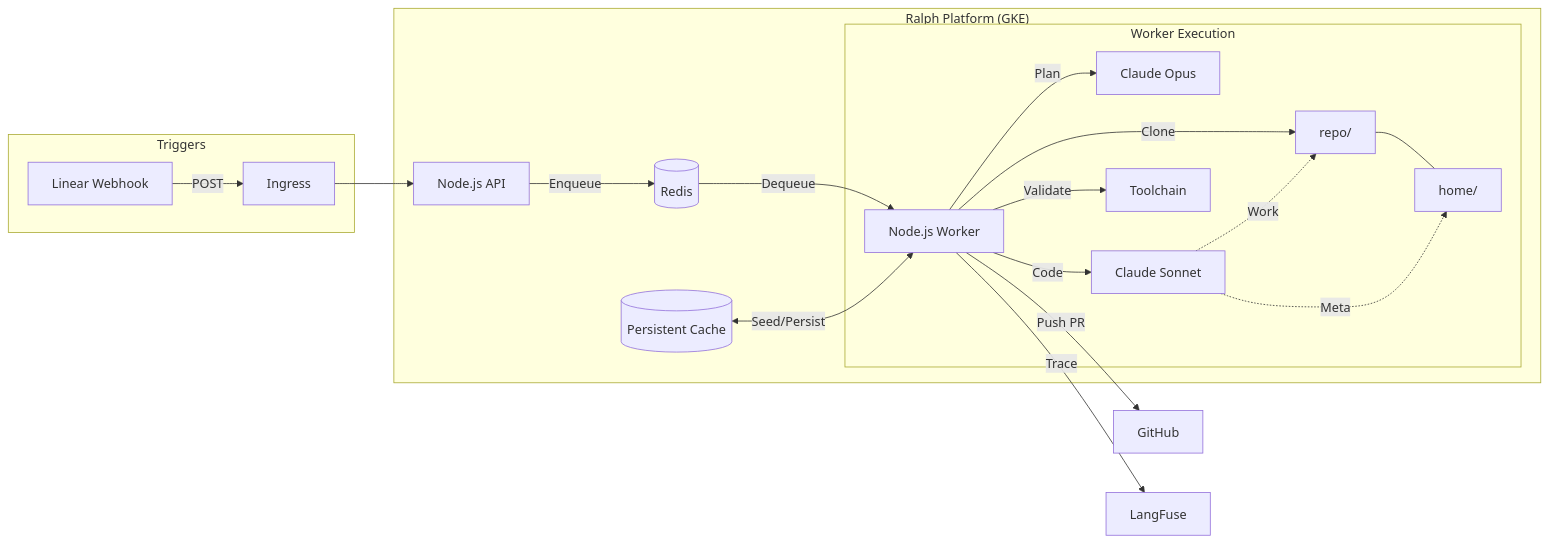
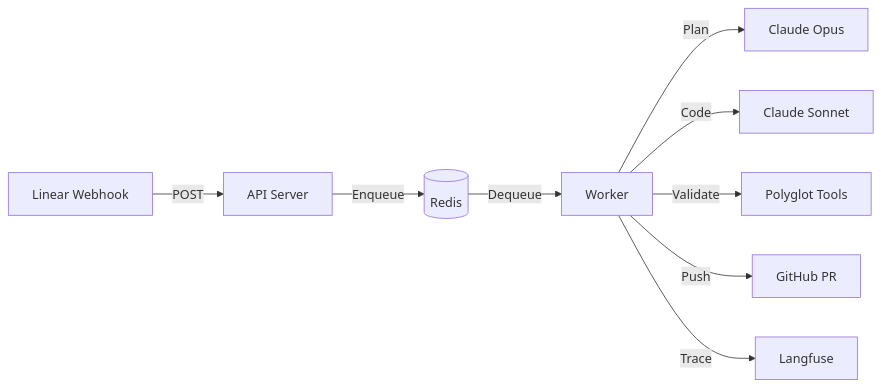
Before and after one commit to Replikanti/ralph-platform: the diagram in README.md, drawn with Mermaid. The commit also changed other lines of this file and 3 other files, not shown here.

First line of the commit message:
docs: restructure documentation with workflow diagrams

````diff
--- a/README.md
+++ b/README.md
@@ -7,25 +141,11 @@
 ```mermaid
 graph LR
-    subgraph "Triggers"
-        Linear[Linear Webhook] -->|POST| Ingress
-    end
-    subgraph "Ralph Platform (GKE)"
-        Ingress --> API[Node.js API]
-        API -->|Enqueue| Redis[(Redis)]
-        Redis -->|Dequeue| Worker[Node.js Worker]
-        Cache[(Persistent Cache)] <-->|Seed/Persist| Worker
-
-        subgraph "Worker Execution"
-            Worker -->|Clone| Repo[repo/]
-            Worker -->|Plan| Opus[Claude Opus]
-            Worker -->|Code| Sonnet[Claude Sonnet]
-            Worker -->|Validate| Polyglot[Toolchain]
-            
-            Repo --- Home[home/]
-            Sonnet -.->|Work| Repo
-            Sonnet -.->|Meta| Home
-        end
-    end
-    Worker -->|Push PR| GitHub
-    Worker -->|Trace| LangFuse
+    Linear[Linear Webhook] -->|POST| API[API Server]
+    API -->|Enqueue| Redis[(Redis)]
+    Redis -->|Dequeue| Worker[Worker]
+    Worker -->|Plan| Opus[Claude Opus]
+    Worker -->|Code| Sonnet[Claude Sonnet]
+    Worker -->|Validate| Tools[Polyglot Tools]
+    Worker -->|Push| GitHub[GitHub PR]
+    Worker -->|Trace| Langfuse[Langfuse]
 ```
````
